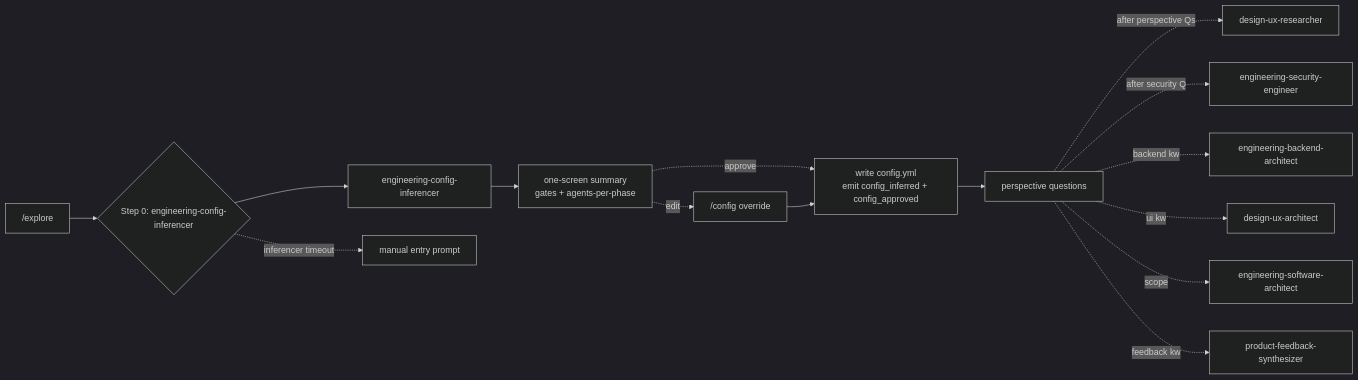
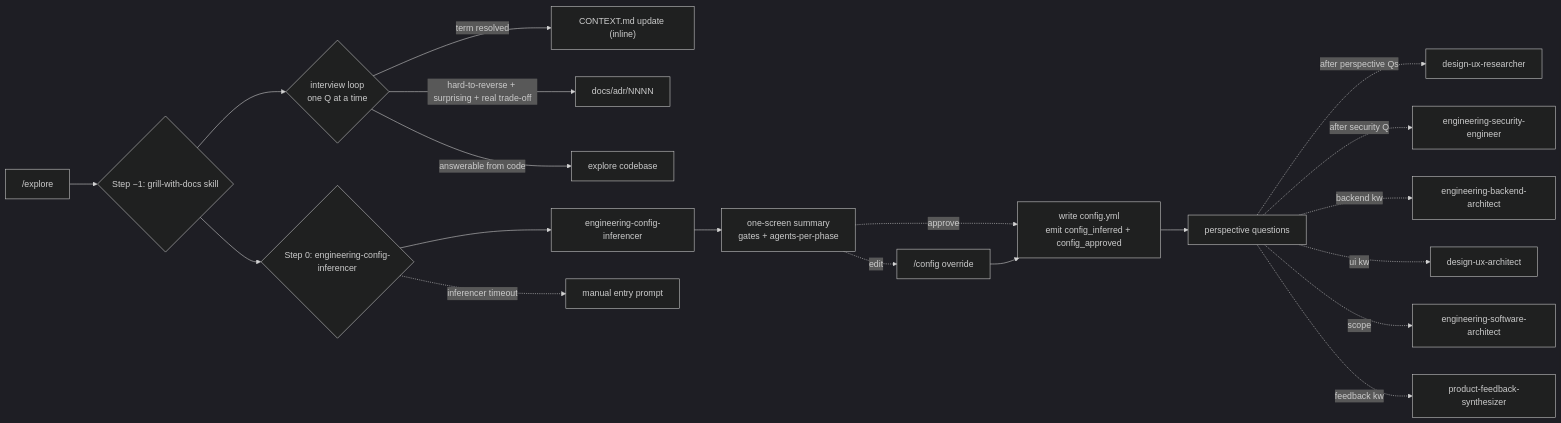
The sixth of 15 diagrams in docs/workflow-diagram.md (AlarQ/SDD-hub), drawn with Mermaid (dark theme) before and after one commit. The commit also changed other lines of this file and 5 other files, not shown here.

Commit message:
feat: merge grill and explore

````diff
--- a/docs/workflow-diagram.md
+++ b/docs/workflow-diagram.md
@@ -318,17 +305,22 @@
 ```mermaid
 graph LR
-    EX["/explore"] --> S0{Step 0: engineering-config-inferencer}
+    EX["/explore"] --> SM1{Step −1: grill-with-docs skill}
+    SM1 --> Q{interview loop<br/>one Q at a time}
+    Q -->|term resolved| CTXW["CONTEXT.md update (inline)"]
+    Q -->|hard-to-reverse + surprising + real trade-off| ADRW["docs/adr/NNNN"]
+    Q -->|answerable from code| CODE[explore codebase]
+    SM1 --> S0{Step 0: engineering-config-inferencer}
     S0 --> CI[engineering-config-inferencer]
     CI --> SUMMARY[one-screen summary\ngates + agents-per-phase]
     SUMMARY -.->|approve| WRITE[write config.yml\nemit config_inferred + config_approved]
     SUMMARY -.->|edit| CFG["/config override"]
     CFG --> WRITE
     WRITE --> PERSP[perspective questions]
     PERSP -.->|after perspective Qs| UXR[design-ux-researcher]
     PERSP -.->|after security Q| SE[engineering-security-engineer]
     PERSP -.->|backend kw| BA[engineering-backend-architect]
     PERSP -.->|ui kw| UXA[design-ux-architect]
     PERSP -.->|scope| SA[engineering-software-architect]
     PERSP -.->|feedback kw| FS[product-feedback-synthesizer]
     S0 -.->|inferencer timeout| MANUAL[manual entry prompt]
 ```
````
